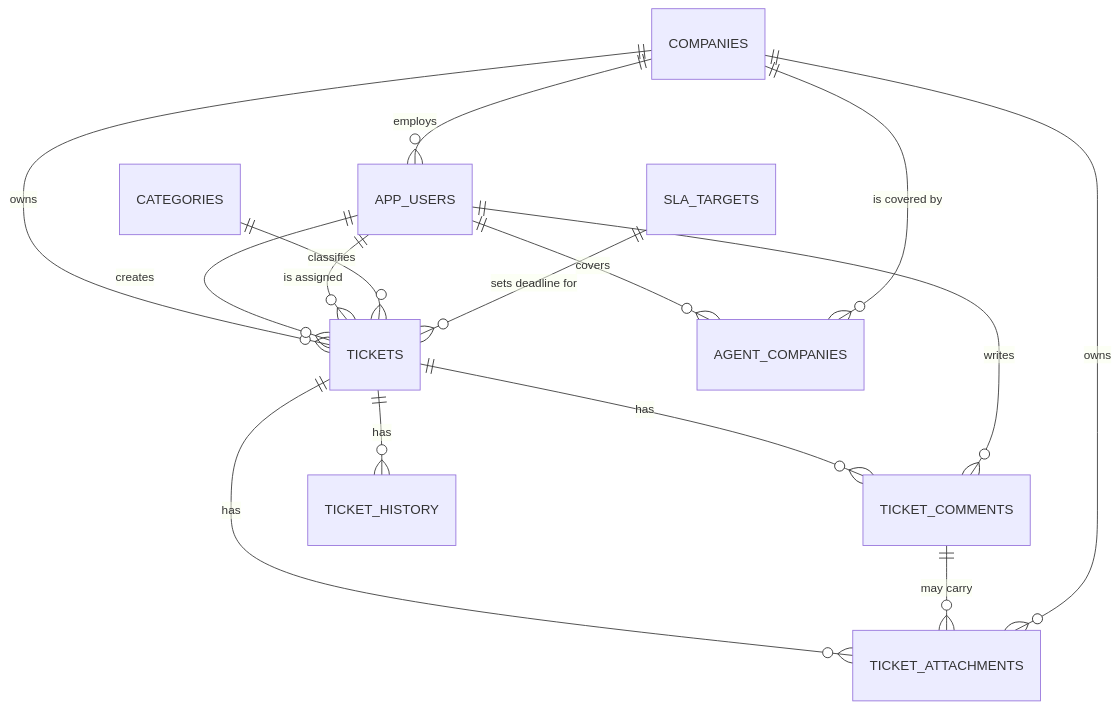
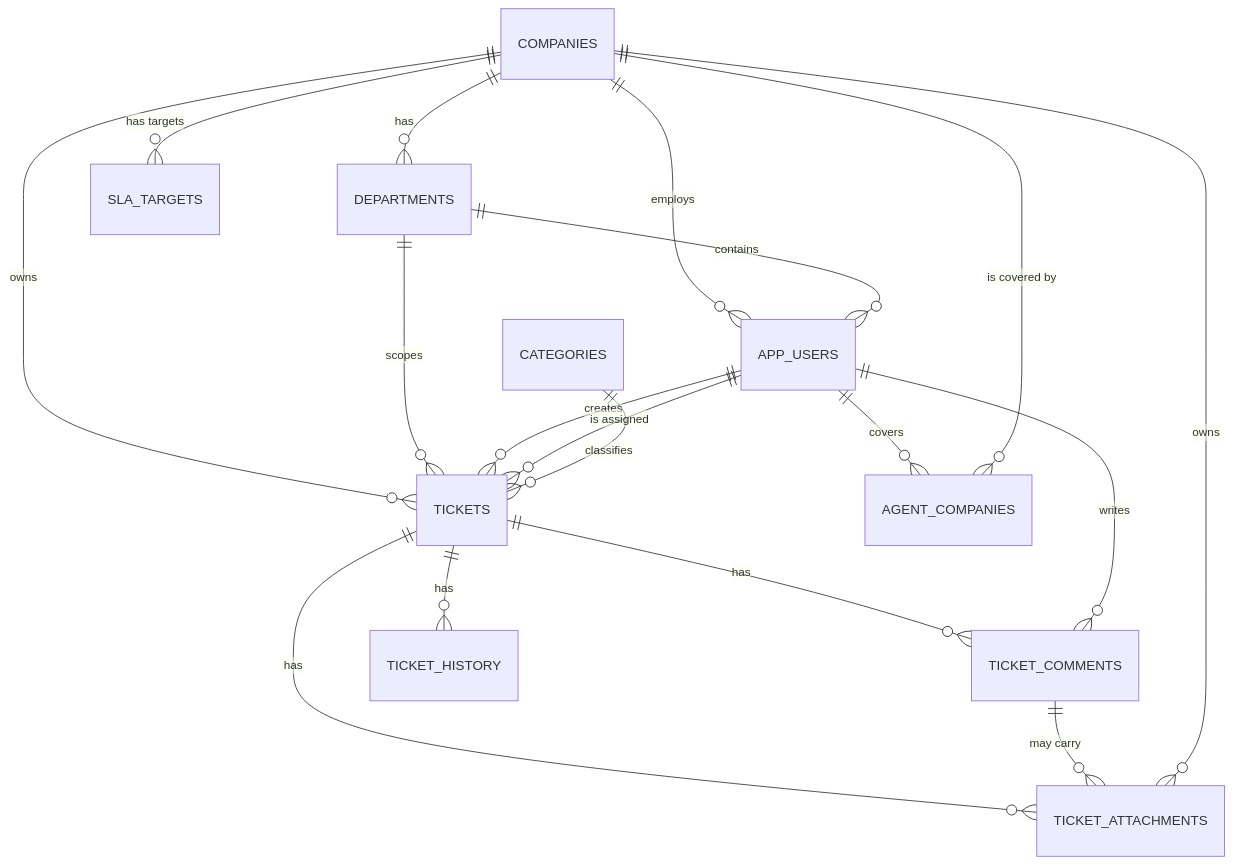
One commit to Dhawi1902/servicedesk-apex changed the second of 2 diagrams in docs/ticketing-system-brief.md. Above: the diagram before and after it, drawn with Mermaid. The commit also changed other lines of this file and 4 other files, not shown here.

````diff
--- a/docs/ticketing-system-brief.md
+++ b/docs/ticketing-system-brief.md
@@ -292,17 +306,20 @@
 ```mermaid
 erDiagram
+    COMPANIES ||--o{ DEPARTMENTS : "has"
     COMPANIES ||--o{ APP_USERS : "employs"
+    DEPARTMENTS ||--o{ APP_USERS : "contains"
     COMPANIES ||--o{ TICKETS : "owns"
+    DEPARTMENTS ||--o{ TICKETS : "scopes"
     APP_USERS ||--o{ TICKETS : "creates"
     APP_USERS ||--o{ TICKETS : "is assigned"
     TICKETS ||--o{ TICKET_COMMENTS : "has"
     TICKETS ||--o{ TICKET_HISTORY : "has"
     CATEGORIES ||--o{ TICKETS : "classifies"
     APP_USERS ||--o{ TICKET_COMMENTS : "writes"
     APP_USERS ||--o{ AGENT_COMPANIES : "covers"
     COMPANIES ||--o{ AGENT_COMPANIES : "is covered by"
+    COMPANIES ||--o{ SLA_TARGETS : "has targets"
     TICKETS ||--o{ TICKET_ATTACHMENTS : "has"
     TICKET_COMMENTS ||--o{ TICKET_ATTACHMENTS : "may carry"
     COMPANIES ||--o{ TICKET_ATTACHMENTS : "owns"
-    SLA_TARGETS ||--o{ TICKETS : "sets deadline for"
 ```
````
